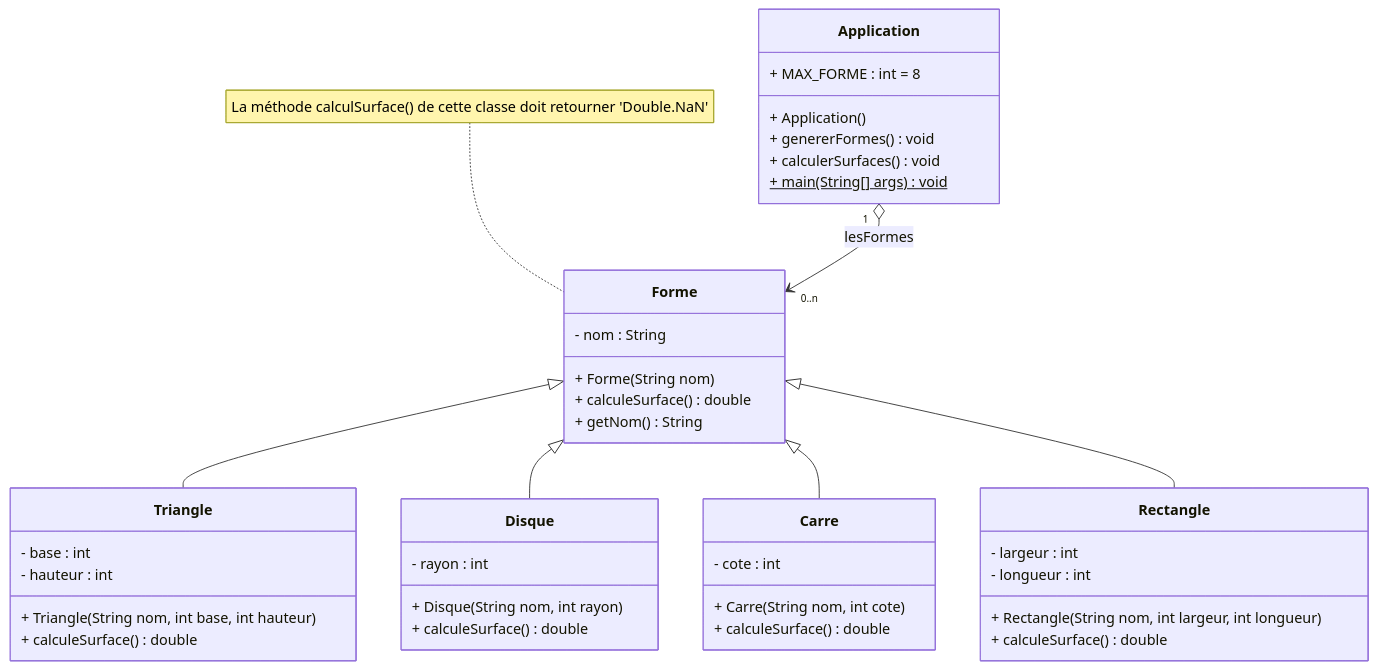
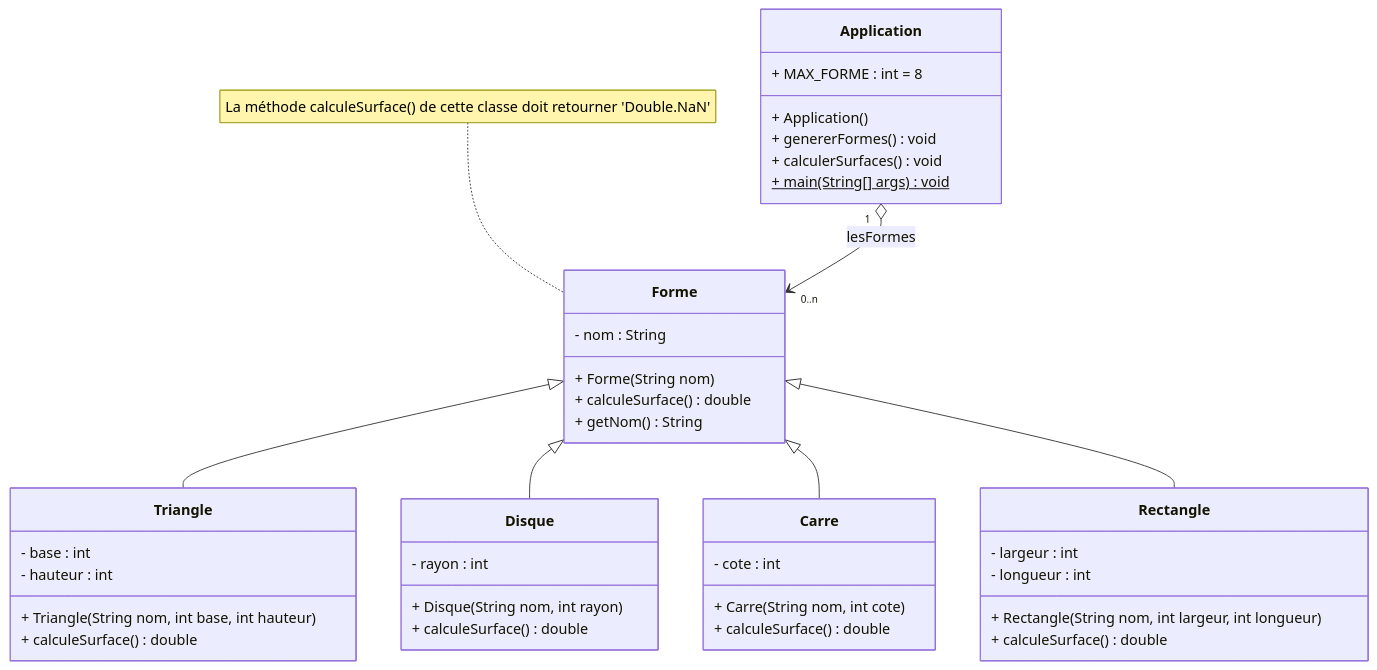
The first of 4 diagrams in README.md (emf-info-320/320_EX_04_FORMES_BASE), drawn with Mermaid before and after one commit.

Commit message:
Correction coquille

````diff
--- a/README.md
+++ b/README.md
@@ -22,49 +22,49 @@
 ```mermaid
 classDiagram
-    note for Forme "La méthode calculSurface() de cette classe doit retourner 'Double.NaN'"
+    note for Forme "La méthode calculeSurface() de cette classe doit retourner 'Double.NaN'"
     Forme <|-- Triangle
     Forme <|-- Disque
     Forme <|-- Carre
     Forme <|-- Rectangle
     Application "1" o--> "0..n" Forme : lesFormes
     class Application{
         + MAX_FORME : int = 8
         + Application()
         + genererFormes() void
         + calculerSurfaces() void
         + main(String[] args)$ void
     }
     class Forme{
         - nom : String
         + Forme(String nom) 
         + calculeSurface() double
         + getNom() String
     }
     
     class Triangle{
         - base : int
         - hauteur : int
         + Triangle(String nom, int base, int hauteur)
         + calculeSurface() double
     }
 
     class Disque{
         - rayon : int
         + Disque(String nom, int rayon)
         + calculeSurface() double
     }
 
     class Carre{
         - cote : int
         + Carre(String nom, int cote)
         + calculeSurface() double
     }
 
     class Rectangle{
         - largeur : int
         - longueur : int
         + Rectangle(String nom, int largeur, int longueur)
         + calculeSurface() double
     }
 
 ```
````
